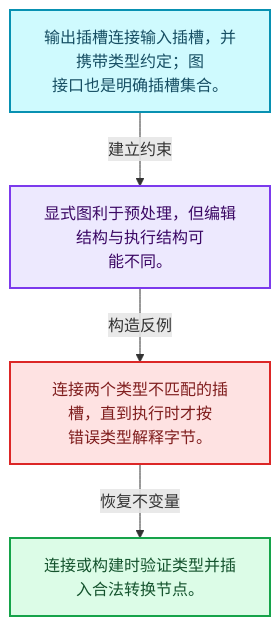
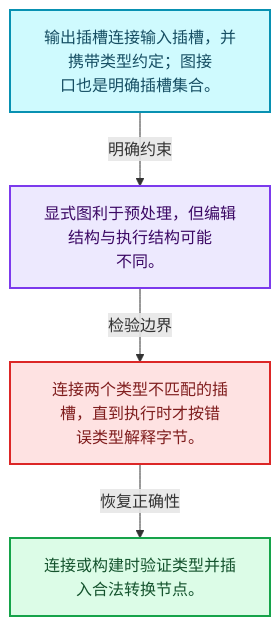
Before and after one commit to yunkezengren/blender-.vscode: the first of 4 diagrams in 杂/markdown/全面学习-codex/09-LazyFunction与节点执行架构/05-Graph与Socket.md, drawn with Mermaid. The commit also changed other lines of this file and 1930 other files, not shown here.

````diff
--- a/杂/markdown/全面学习-codex/09-LazyFunction与节点执行架构/05-Graph与Socket.md
+++ b/杂/markdown/全面学习-codex/09-LazyFunction与节点执行架构/05-Graph与Socket.md
@@ -29,16 +29,16 @@
 ```mermaid
 flowchart TB
-  M["输出插槽连接输入插槽，并携带类型约定；图<br/>接口也是明确插槽集合。"]:::data
-  T["显式图利于预处理，但编辑结构与执行结构可<br/>能不同。"]:::abstraction
-  X["连接两个类型不匹配的插槽，直到执行时才按<br/>错误类型解释字节。"]:::error
-  A["连接或构建时验证类型并插入合法转换节点。"]:::result
-  M -->|"建立约束"| T
-  T -->|"构造反例"| X
-  X -->|"恢复不变量"| A
+  M["输出插槽连接输入插槽，并携带类型约定；图接<br/>口也是明确插槽集合。"]:::data
+  C["显式图利于预处理，但编辑结构与执行结构可能<br/>不同。"]:::abstraction
+  B["连接两个类型不匹配的插槽，直到执行时才按错<br/>误类型解释字节。"]:::error
+  R["连接或构建时验证类型并插入合法转换节点。"]:::result
+  M -->|"明确约束"| C
+  C -->|"检验边界"| B
+  B -->|"恢复正确性"| R
   classDef input fill:#DBEAFE,stroke:#2563EB,color:#172554,stroke-width:2px;
   classDef data fill:#CFFAFE,stroke:#0891B2,color:#164E63,stroke-width:2px;
   classDef abstraction fill:#EDE9FE,stroke:#7C3AED,color:#3B0764,stroke-width:2px;
   classDef compute fill:#FEF3C7,stroke:#D97706,color:#78350F,stroke-width:2px;
   classDef result fill:#DCFCE7,stroke:#16A34A,color:#14532D,stroke-width:2px;
   classDef error fill:#FEE2E2,stroke:#DC2626,color:#7F1D1D,stroke-width:2px;
 ```
````
